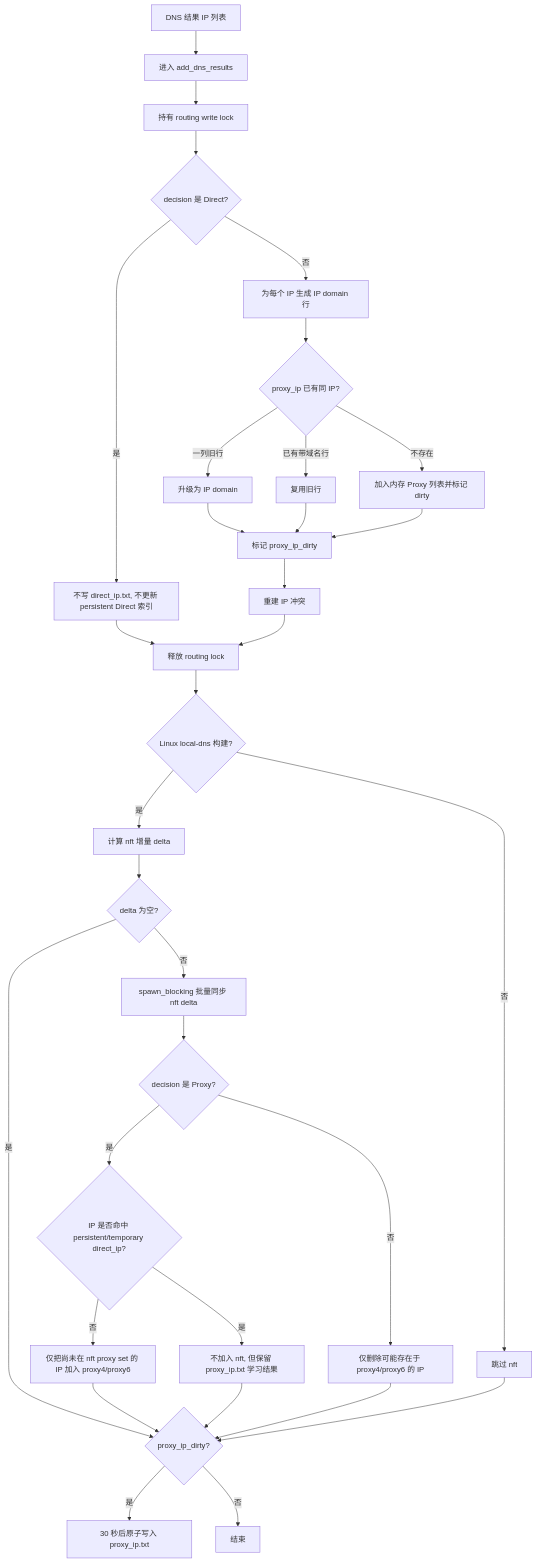
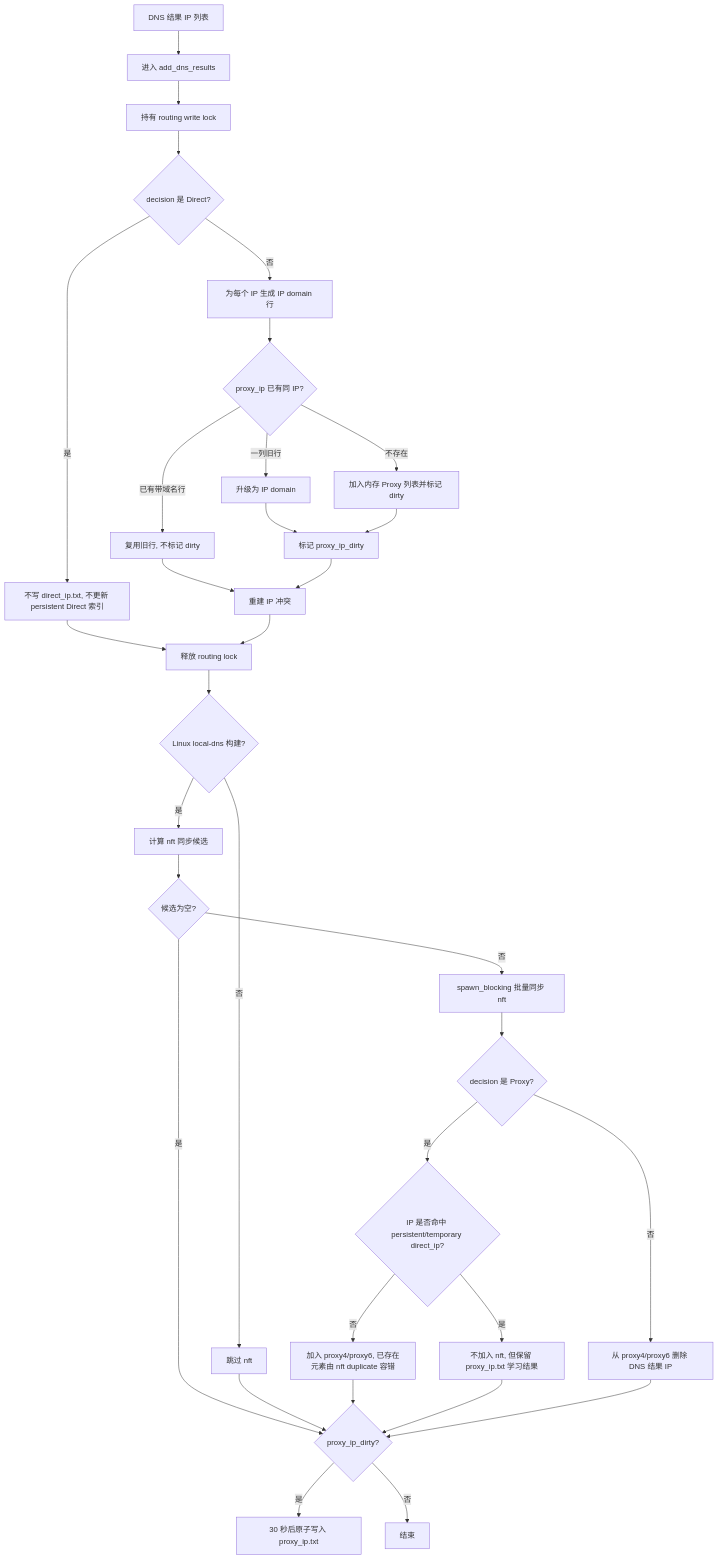
One commit to xiedeacc/shadowsocks-rust changed the fourth of 14 diagrams in routing.md. Above: the diagram before and after it, drawn with Mermaid. The commit also changed other lines of this file and 2 other files, not shown here.

Commit message:
Fix DNS nft reconciliation for proxy cache

````diff
--- a/routing.md
+++ b/routing.md
@@ -440,35 +440,35 @@
 ```mermaid
 flowchart TD
     A[DNS 结果 IP 列表] --> B[进入 add_dns_results]
     B --> C[持有 routing write lock]
     C --> D{decision 是 Direct?}
     D -- 是 --> E[不写 direct_ip.txt, 不更新 persistent Direct 索引]
     E --> O[释放 routing lock]
     D -- 否 --> H[为每个 IP 生成 IP domain 行]
     H --> I{proxy_ip 已有同 IP?}
     I -- 一列旧行 --> J[升级为 IP domain]
-    I -- 已有带域名行 --> K[复用旧行]
+    I -- 已有带域名行 --> K[复用旧行, 不标记 dirty]
     I -- 不存在 --> L[加入内存 Proxy 列表并标记 dirty]
     J --> M[标记 proxy_ip_dirty]
-    K --> M
+    K --> N
     L --> M
     M --> N[重建 IP 冲突]
     N --> O[释放 routing lock]
     O --> P{Linux local-dns 构建?}
-    P -- 是 --> Q[计算 nft 增量 delta]
+    P -- 是 --> Q[计算 nft 同步候选]
     P -- 否 --> R[跳过 nft]
-    Q --> Q1{delta 为空?}
+    Q --> Q1{候选为空?}
     Q1 -- 是 --> X
-    Q1 -- 否 --> Q2[spawn_blocking 批量同步 nft delta]
+    Q1 -- 否 --> Q2[spawn_blocking 批量同步 nft]
     Q2 --> S{decision 是 Proxy?}
     S -- 是 --> T{IP 是否命中 persistent/temporary direct_ip?}
-    T -- 否 --> U[仅把尚未在 nft proxy set 的 IP 加入 proxy4/proxy6]
+    T -- 否 --> U[加入 proxy4/proxy6, 已存在元素由 nft duplicate 容错]
     T -- 是 --> V[不加入 nft, 但保留 proxy_ip.txt 学习结果]
-    S -- 否 --> W[仅删除可能存在于 proxy4/proxy6 的 IP]
+    S -- 否 --> W[从 proxy4/proxy6 删除 DNS 结果 IP]
     R --> X{proxy_ip_dirty?}
     U --> X
     V --> X
     W --> X
     X -- 是 --> Y[30 秒后原子写入 proxy_ip.txt]
     X -- 否 --> Z[结束]
 ```
````
